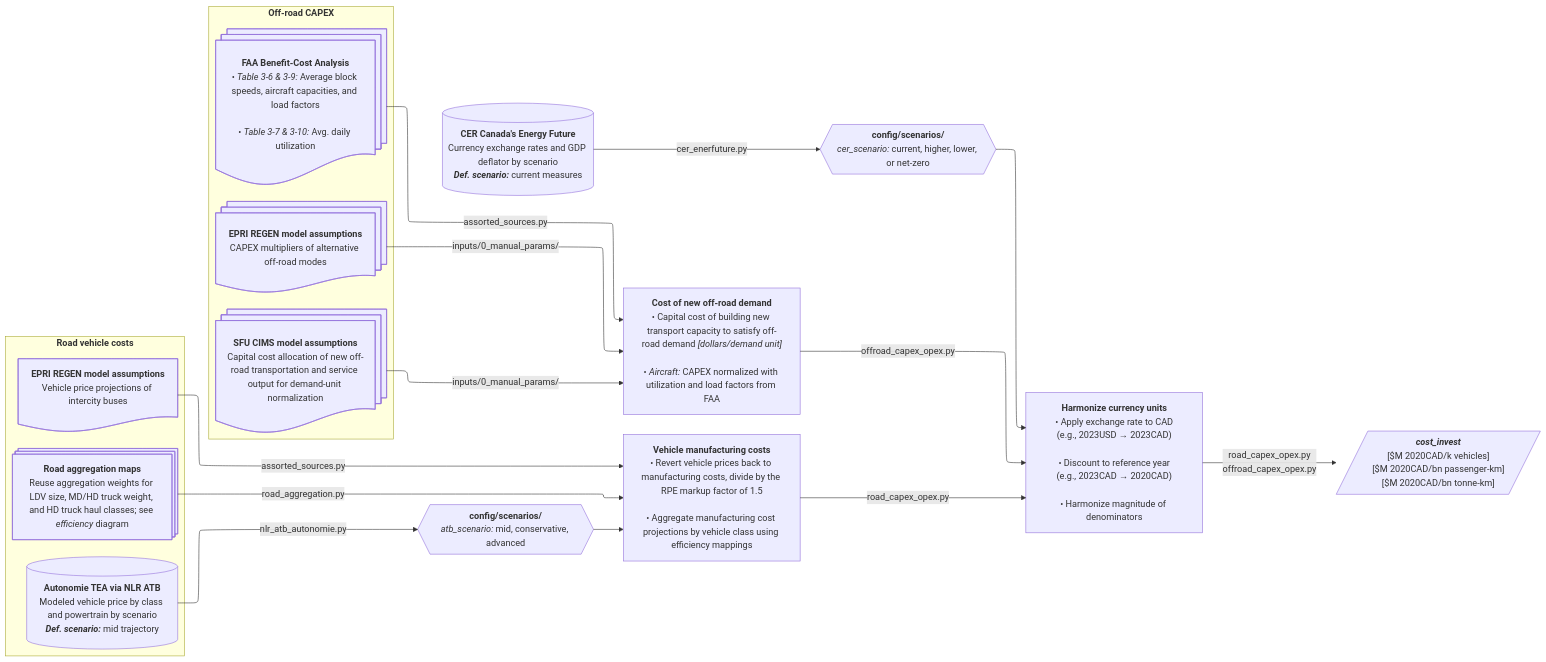
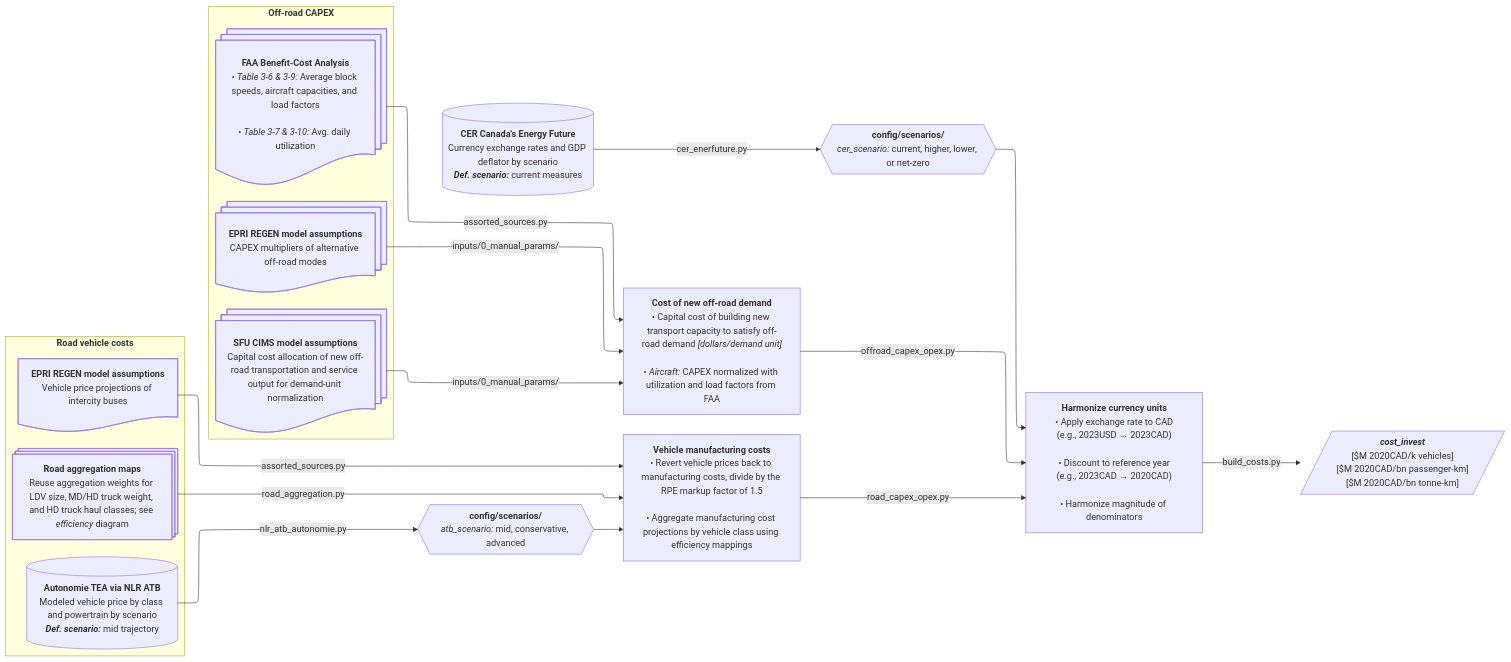
Before and after one commit to CANOE-main/canoe-transportation: the seventh of 12 diagrams in docs/etl_flowcharts.md, drawn with Mermaid. The commit also changed other lines of this file and 5 other files, not shown here.

````diff
--- a/docs/etl_flowcharts.md
+++ b/docs/etl_flowcharts.md
@@ -597,78 +600,77 @@
 ```mermaid
 ---
 config:
   layout: elk
   flowchart:
     nodeSpacing: 35
     rankSpacing: 50
     wrappingWidth: 250
 ---
 flowchart LR
   %% ############ Sources ###########
   s3[("`**CER Canada's Energy Future**
     Currency exchange rates and GDP deflator by scenario
     ***Def. scenario:*** current measures`")]
   subgraph offroad["`**Off-road CAPEX**`"]
     s7@{shape: docs, label: "**SFU CIMS model assumptions**
       Capital cost allocation of new off-road transportation and service output for demand-unit normalization"}
     s8@{shape: docs, label: "**EPRI REGEN model assumptions**
       CAPEX multipliers of alternative off-road modes"}
     s9@{shape: docs, label: "**FAA Benefit-Cost Analysis**
       • *Table 3-6 & 3-9:* Average block speeds, aircraft capacities, and load factors<br>
       • *Table 3-7 & 3-10:* Avg. daily utilization"}
   end
 
   %% ############ Processes ###########
   p3["`**Cost of new off-road demand**
     • Capital cost of building new transport capacity to satisfy off-road demand *[dollars/demand unit]*<br>
     • *Aircraft:* CAPEX normalized with utilization and load factors from FAA`"]
   s7 & s8 -- inputs/0_manual_params/ --> p3
   s9 -- assorted_sources.py --> p3
 
   %% ############ Sources ###########
   subgraph road["`**Road vehicle costs**`"]
     s1@{shape: processes, label: "**Road aggregation maps**
       Reuse aggregation weights for LDV size, MD/HD truck weight, and HD truck haul classes; see *efficiency* diagram"}
     s2[("`**Autonomie TEA via NLR ATB**
       Modeled vehicle price by class and powertrain by scenario
       ***Def. scenario:*** mid trajectory`")]
     s8_bus@{shape: doc, label: "**EPRI REGEN model assumptions**
       Vehicle price projections of intercity buses"}
   end
 
   %% ############ Processes ###########
   p0_2@{shape: hex, label: "**config/scenarios/**
     *atb_scenario:* mid, conservative, advanced"}
   p2["`**Vehicle manufacturing costs**
     • Revert vehicle prices back to manufacturing costs, divide by the RPE markup factor of 1.5<br>
     • Aggregate manufacturing cost projections by vehicle class using efficiency mappings`"]
   s2 -- nlr_atb_autonomie.py --> p0_2 --> p2
   s1 -- road_aggregation.py --> p2
   s8_bus -- assorted_sources.py --> p2
 
   p0@{shape: hex, label: "**config/scenarios/**
     *cer_scenario:* current, higher, lower, or net-zero"}
   p4["`**Harmonize currency units**
     • Apply exchange rate to CAD
     (e.g., 2023USD → 2023CAD)<br>
     • Discount to reference year
     (e.g., 2023CAD → 2020CAD)<br>
     • Harmonize magnitude of denominators`"]
   p2 -- road_capex_opex.py --> p4
   p3 -- offroad_capex_opex.py --> p4
   s3 -- cer_enerfuture.py --> p0 --> p4
 
-  p4 -- road_capex_opex.py
-  offroad_capex_opex.py --> o1[/"`***cost_invest***
+  p4 -- build_costs.py --> o1[/"`***cost_invest***
     [$M 2020CAD/k vehicles]
     [$M 2020CAD/bn passenger-km]
     [$M 2020CAD/bn tonne-km]`"/]
 
   %% --- Hyperlinks ---
   click s8_bus "https://us-regen-docs.epri.com/v2025/assumptions/transportation.html#on-road-fleet-vehicles"
   click s8 "https://us-regen-docs.epri.com/v2025/assumptions/transportation.html#non-road-vehicles"
   click s7 "https://github.com/EMRG-SFU/cims-models/tree/main/sources/sectors"
   click s2 "https://vms.taps.anl.gov/research-highlights/vehicle-technologies/u-s-doe-vto-hfto-r-d-benefits/"
   click s3 "https://open.canada.ca/data/en/dataset/07c42deb-9435-43b9-a416-7ce316f3893d"
   click s9 "https://www.faa.gov/regulations_policies/policy_guidance/benefit_cost"
 ```
````
